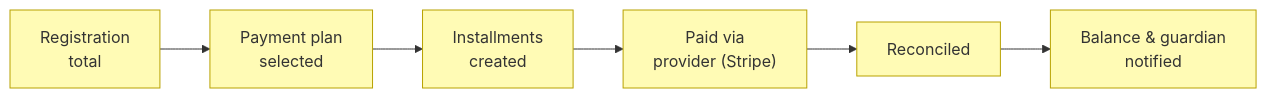
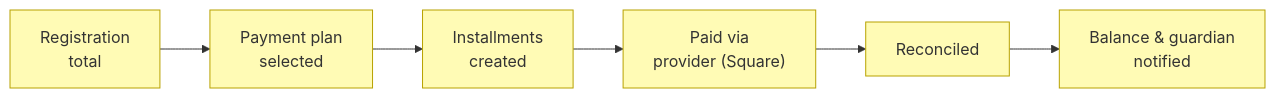
One commit to DataME2/ia-architect changed the second of 5 diagrams in docs/ea/2_business/3_business-processes.md. Above: the diagram before and after it, drawn with Mermaid. The commit also changed 7 other files, not shown here.

````diff
--- a/docs/ea/2_business/3_business-processes.md
+++ b/docs/ea/2_business/3_business-processes.md
@@ -37,13 +37,13 @@
 ```mermaid
 flowchart LR
   total["Registration<br>total"]:::business
   plan["Payment plan<br>selected"]:::business
   installments["Installments<br>created"]:::business
-  paid["Paid via<br>provider (Stripe)"]:::business
+  paid["Paid via<br>provider (Square)"]:::business
   reconcile["Reconciled"]:::business
   balance["Balance & guardian<br>notified"]:::business
 
   total --> plan --> installments --> paid --> reconcile --> balance
 
   classDef business fill:#fffbb5,stroke:#b8a200,color:#333
 ```
````
